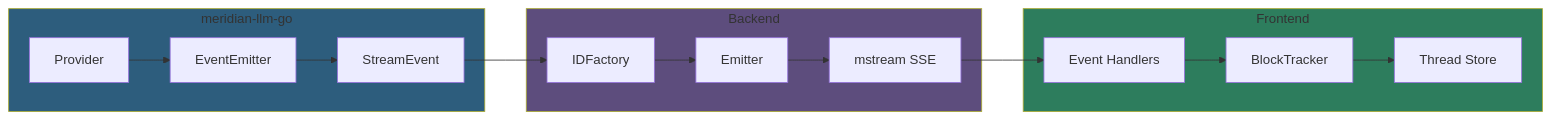
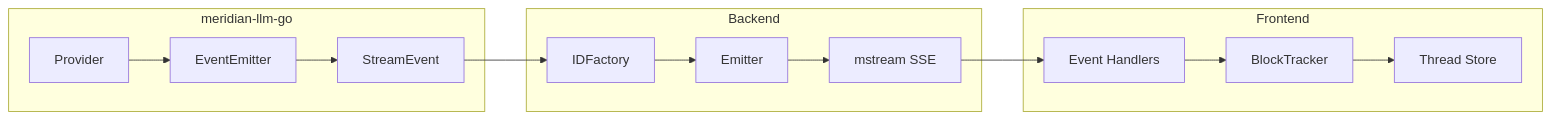
The first of 2 diagrams in _docs/technical/llm/streaming/meridian-agui-bridge.md (haowjy/meridian-flow), drawn with Mermaid before and after one commit. The commit also changed 46 other files, not shown here.

````diff
--- a/_docs/technical/llm/streaming/meridian-agui-bridge.md
+++ b/_docs/technical/llm/streaming/meridian-agui-bridge.md
@@ -12,23 +12,20 @@
 ```mermaid
 graph LR
     subgraph Library["meridian-llm-go"]
         P[Provider] --> E[EventEmitter]
         E --> SE[StreamEvent]
     end
 
     subgraph Backend["Backend"]
         SE --> ID[IDFactory]
         ID --> EM[Emitter]
         EM --> SSE[mstream SSE]
     end
 
     subgraph Frontend["Frontend"]
         SSE --> EH[Event Handlers]
         EH --> BT[BlockTracker]
         BT --> ST[Thread Store]
     end
 
-    style Library fill:#2d5d7d
-    style Backend fill:#5d4d7d
-    style Frontend fill:#2d7d5d
 ```
````
